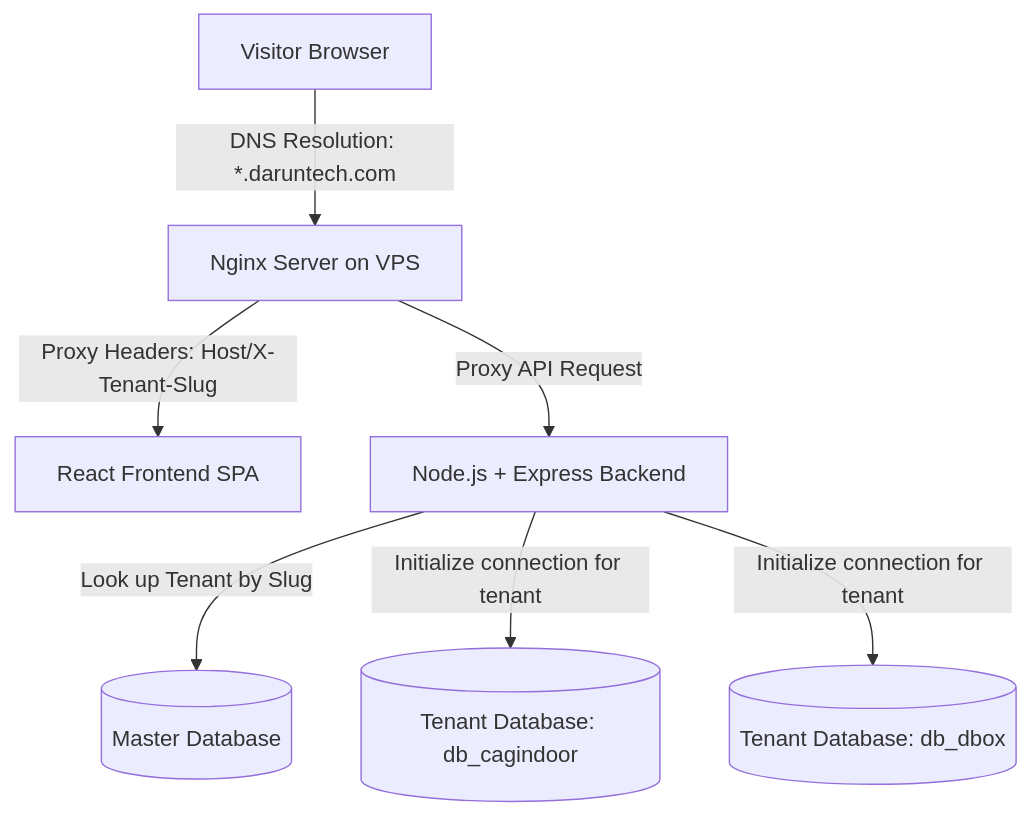
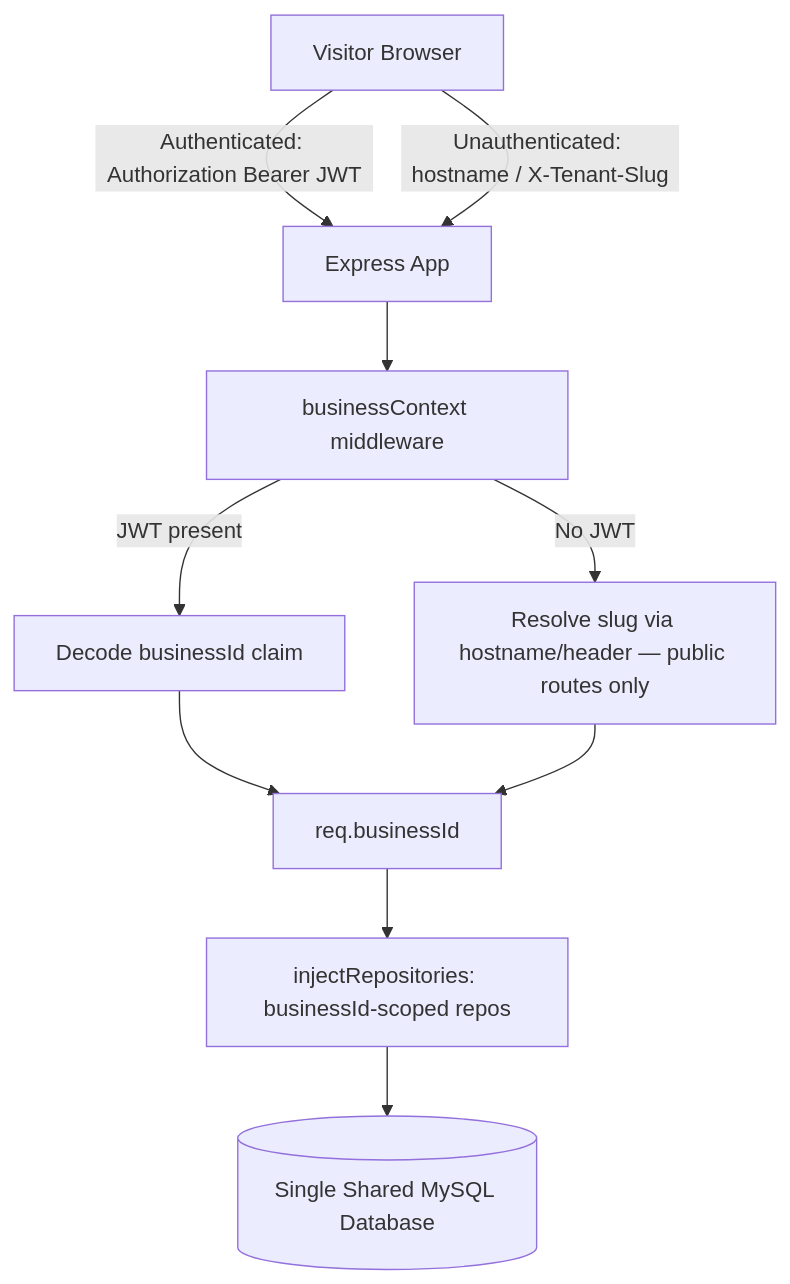
The first of 2 diagrams in SaaS_Architecture.md (adil-hussa1n/Indoor-Management-System), drawn with Mermaid before and after one commit. The commit also changed other lines of this file and 100 other files, not shown here.

````diff
--- a/SaaS_Architecture.md
+++ b/SaaS_Architecture.md
@@ -11,9 +11,12 @@
 ```mermaid
 graph TD
-    A[Visitor Browser] -->|DNS Resolution: *.daruntech.com| B[Nginx Server on VPS]
-    B -->|Proxy Headers: Host/X-Tenant-Slug| C[React Frontend SPA]
-    B -->|Proxy API Request| D[Node.js + Express Backend]
-    D -->|Look up Tenant by Slug| E[(Master Database)]
-    D -->|Initialize connection for tenant| F[(Tenant Database: db_cagindoor)]
-    D -->|Initialize connection for tenant| G[(Tenant Database: db_dbox)]
+    A[Visitor Browser] -->|Authenticated: Authorization Bearer JWT| B[Express App]
+    A -->|Unauthenticated: hostname / X-Tenant-Slug| B
+    B --> C[businessContext middleware]
+    C -->|JWT present| D[Decode businessId claim]
+    C -->|No JWT| E[Resolve slug via hostname/header — public routes only]
+    D --> F[req.businessId]
+    E --> F
+    F --> G[injectRepositories: businessId-scoped repos]
+    G --> H[(Single Shared MySQL Database)]
 ```
````
